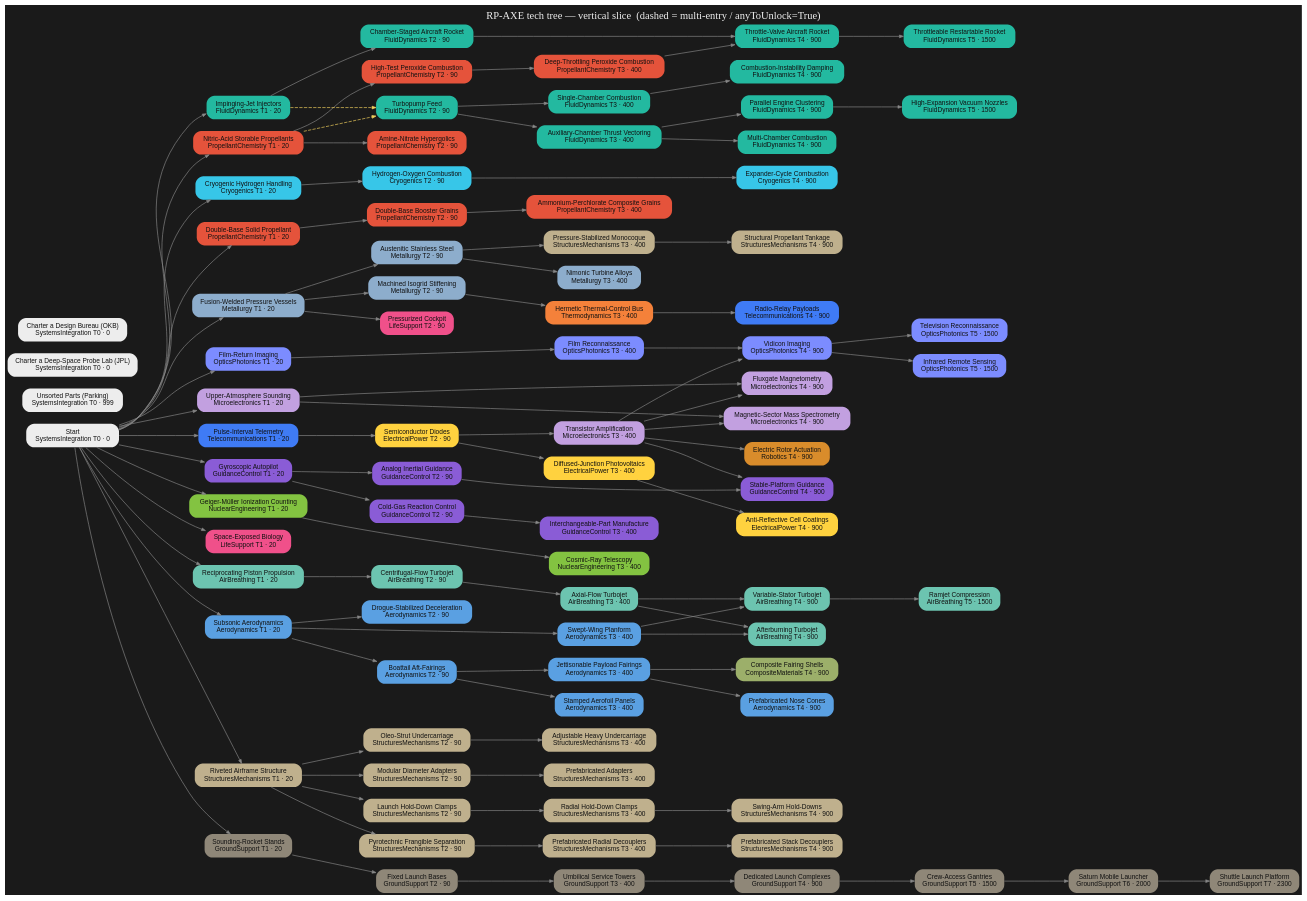
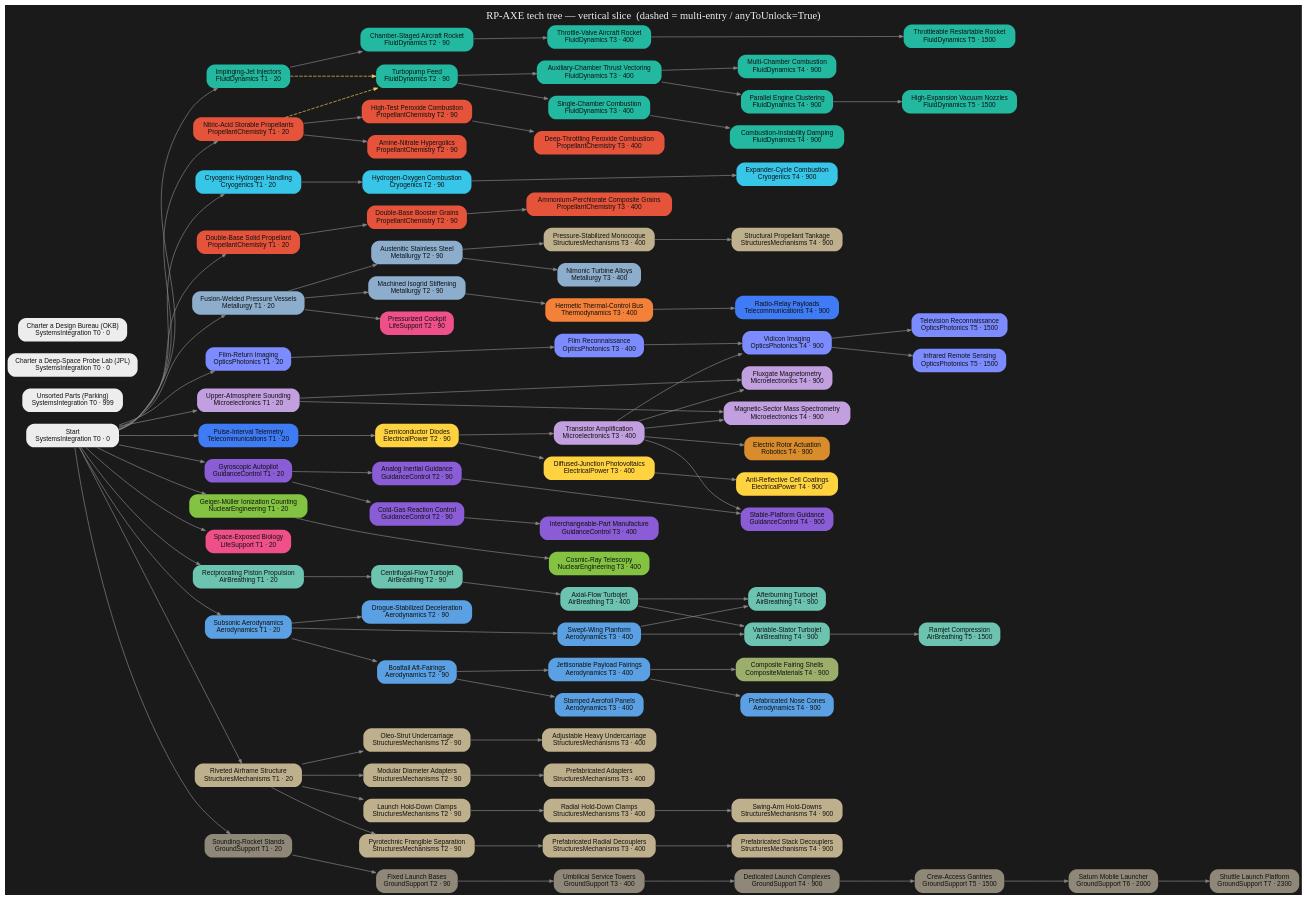
The diagram in tree/render/axe-tree.dot (miskoltrans/RP-AXE), drawn with Graphviz before and after one commit. The commit also changed 5 other files, not shown here.

```diff
--- a/tree/render/axe-tree.dot
+++ b/tree/render/axe-tree.dot
@@ -56,7 +56,7 @@
   "av_afterburner" [label="Afterburning Turbojet\nAirBreathing T4 · 900",fillcolor="#6cc4b0",fontcolor="#111111"];
   "av_variableStator" [label="Variable-Stator Turbojet\nAirBreathing T4 · 900",fillcolor="#6cc4b0",fontcolor="#111111"];
   "av_ramjet" [label="Ramjet Compression\nAirBreathing T5 · 1500",fillcolor="#6cc4b0",fontcolor="#111111"];
-  "fd_throttleableRocketplane" [label="Throttle-Valve Aircraft Rocket\nFluidDynamics T4 · 900",fillcolor="#23b9a0",fontcolor="#111111"];
+  "fd_throttleableRocketplane" [label="Throttle-Valve Aircraft Rocket\nFluidDynamics T3 · 400",fillcolor="#23b9a0",fontcolor="#111111"];
   "fd_throttlingRocket" [label="Throttleable Restartable Rocket\nFluidDynamics T5 · 1500",fillcolor="#23b9a0",fontcolor="#111111"];
   "str_structuralHardware" [label="Riveted Airframe Structure\nStructuresMechanisms T1 · 20",fillcolor="#bfb08d",fontcolor="#111111"];
   "gnc_postWarAvionics" [label="Gyroscopic Autopilot\nGuidanceControl T1 · 20",fillcolor="#8a5cd6",fontcolor="#111111"];
@@ -93,8 +93,8 @@
   { rank=same; "start" "parking" "hire_JPL" "hire_OKB" }
   { rank=same; "pc_storables" "cryo_hydrogen" "pc_doubleBaseSolid" "fd_injectors" "met_weldedTank" "tel_telemetry" "opt_filmReturn" "nuc_geiger" "bio_cultures" "mic_atmoSounding" "aero_subsonicWing" "str_structuralHardware" "gnc_postWarAvionics" "prop_recipEngine" "gs_soundingStands" }
   { rank=same; "fd_turbopumpFeed" "cryo_hydroloxPrototype" "pc_doubleBaseBooster" "pc_hypergolics" "pc_htp" "met_stainlessSteel" "met_isogrid" "str_staging" "elec_semiconductorDiode" "gnc_rcs" "aero_recovery" "str_landingGear" "av_centrifugalJet" "fd_rocketplaneRocket" "gnc_avionicsPrototypes" "aero_boattail" "str_diameterAdapters" "life_pilotedCockpits" "gs_launchClamps" "gs_launchBases" }
-  { rank=same; "fd_singleChamber" "fd_verniers" "pc_compositeSolid" "pc_stentor" "met_nimonic" "str_balloonTank" "aero_fairings" "th_hermeticBus" "elec_transistor" "elec_siliconPV" "str_adjustableGear" "av_axialJet" "aero_supersonicWing" "gnc_standardRCS" "aero_stampedWings" "str_prefabAdapters" "str_radialDecouplers" "gs_radialClamps" "gs_serviceTowers" "nuc_cosmicRay" "opt_recon" }
-  { rank=same; "fd_largeChamber" "fd_orbitalSoviet" "fd_orbitalMultiChamber" "cryo_expanderCycle" "rob_rotorActuation" "opt_vidicon" "mic_massSpec" "mic_magnetometer" "av_afterburner" "av_variableStator" "fd_throttleableRocketplane" "gnc_earlyAvionics" "str_serviceModuleTank" "cmp_compositeFairings" "elec_arCoatings" "str_standardDecouplers" "tel_appSatellites" "gs_holdDownArms" "gs_dedicatedComplexes" "aero_prefabNoseCones" }
+  { rank=same; "fd_singleChamber" "fd_verniers" "pc_compositeSolid" "pc_stentor" "met_nimonic" "str_balloonTank" "aero_fairings" "th_hermeticBus" "elec_transistor" "elec_siliconPV" "str_adjustableGear" "av_axialJet" "aero_supersonicWing" "fd_throttleableRocketplane" "gnc_standardRCS" "aero_stampedWings" "str_prefabAdapters" "str_radialDecouplers" "gs_radialClamps" "gs_serviceTowers" "nuc_cosmicRay" "opt_recon" }
+  { rank=same; "fd_largeChamber" "fd_orbitalSoviet" "fd_orbitalMultiChamber" "cryo_expanderCycle" "rob_rotorActuation" "opt_vidicon" "mic_massSpec" "mic_magnetometer" "av_afterburner" "av_variableStator" "gnc_earlyAvionics" "str_serviceModuleTank" "cmp_compositeFairings" "elec_arCoatings" "str_standardDecouplers" "tel_appSatellites" "gs_holdDownArms" "gs_dedicatedComplexes" "aero_prefabNoseCones" }
   { rank=same; "fd_matureOrbital" "av_ramjet" "fd_throttlingRocket" "gs_crewGantries" "opt_tvRecon" "opt_remoteSensing" }
   { rank=same; "gs_saturnPad" }
   { rank=same; "gs_shuttlePad" }
@@ -155,7 +155,6 @@
   "aero_supersonicWing" -> "av_variableStator" [style=solid];
   "av_variableStator" -> "av_ramjet" [style=solid];
   "fd_rocketplaneRocket" -> "fd_throttleableRocketplane" [style=solid];
-  "pc_stentor" -> "fd_throttleableRocketplane" [style=solid];
   "fd_throttleableRocketplane" -> "fd_throttlingRocket" [style=solid];
   "start" -> "str_structuralHardware" [style=solid];
   "start" -> "gnc_postWarAvionics" [style=solid];
```
